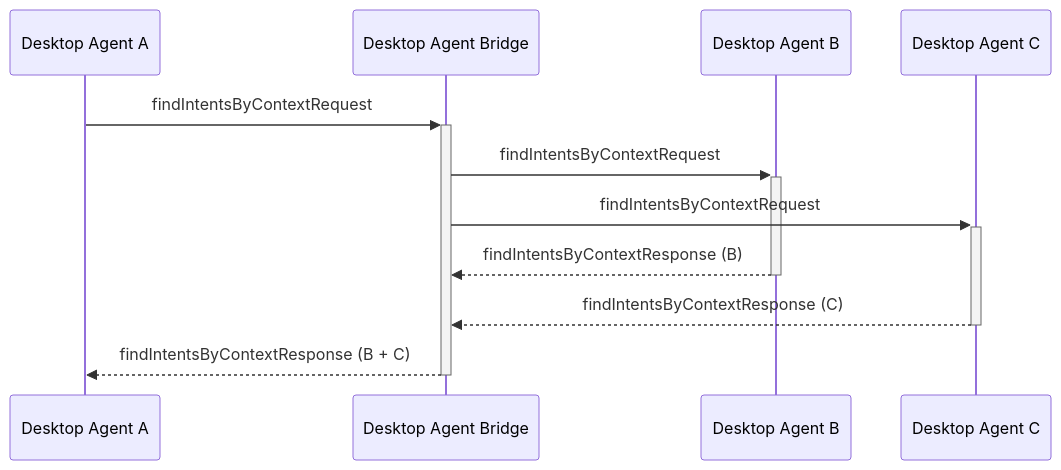
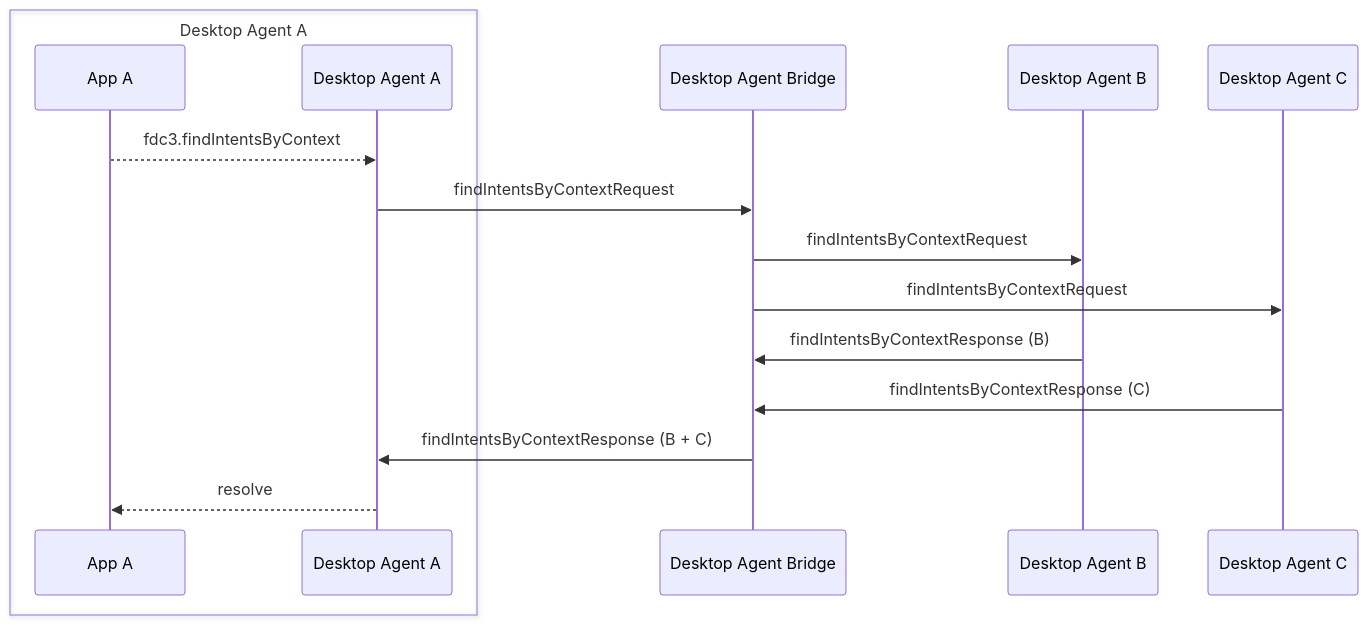
Before and after one commit to InteropIO/FDC3: the diagram in docs/agent-bridging/ref/findIntentsByContext.md, drawn with Mermaid. The commit also changed 12 other files, not shown here.

Commit message:
Add the app to each reference page mermaid diagram to clarify how message exchanges work

````diff
--- a/docs/agent-bridging/ref/findIntentsByContext.md
+++ b/docs/agent-bridging/ref/findIntentsByContext.md
@@ -25,13 +25,18 @@
 ```mermaid
 sequenceDiagram
+    box Desktop Agent A
+    participant AA as App A
     participant DA as Desktop Agent A
+    end
     participant DAB as Desktop Agent Bridge
     participant DB as Desktop Agent B
     participant DC as Desktop Agent C
-    DA ->>+ DAB: findIntentsByContextRequest
-    DAB ->>+ DB: findIntentsByContextRequest
-    DAB ->>+ DC: findIntentsByContextRequest
-    DB -->>- DAB: findIntentsByContextResponse (B)
-    DC -->>- DAB: findIntentsByContextResponse (C)
-    DAB -->>- DA: findIntentsByContextResponse (B + C)
+    AA -->> DA: fdc3.findIntentsByContext
+    DA ->> DAB: findIntentsByContextRequest
+    DAB ->> DB: findIntentsByContextRequest
+    DAB ->> DC: findIntentsByContextRequest
+    DB ->> DAB: findIntentsByContextResponse (B)
+    DC ->> DAB: findIntentsByContextResponse (C)
+    DAB ->> DA: findIntentsByContextResponse (B + C)
+    DA -->> AA: resolve
 ```
````
